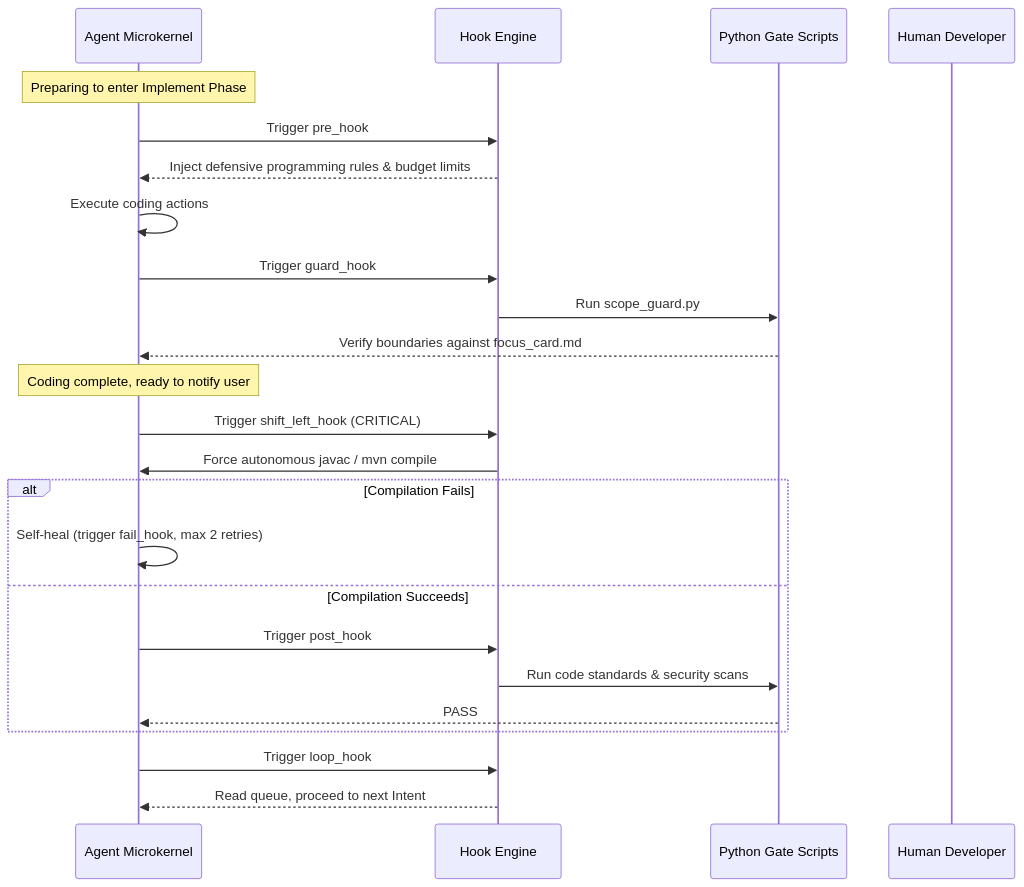
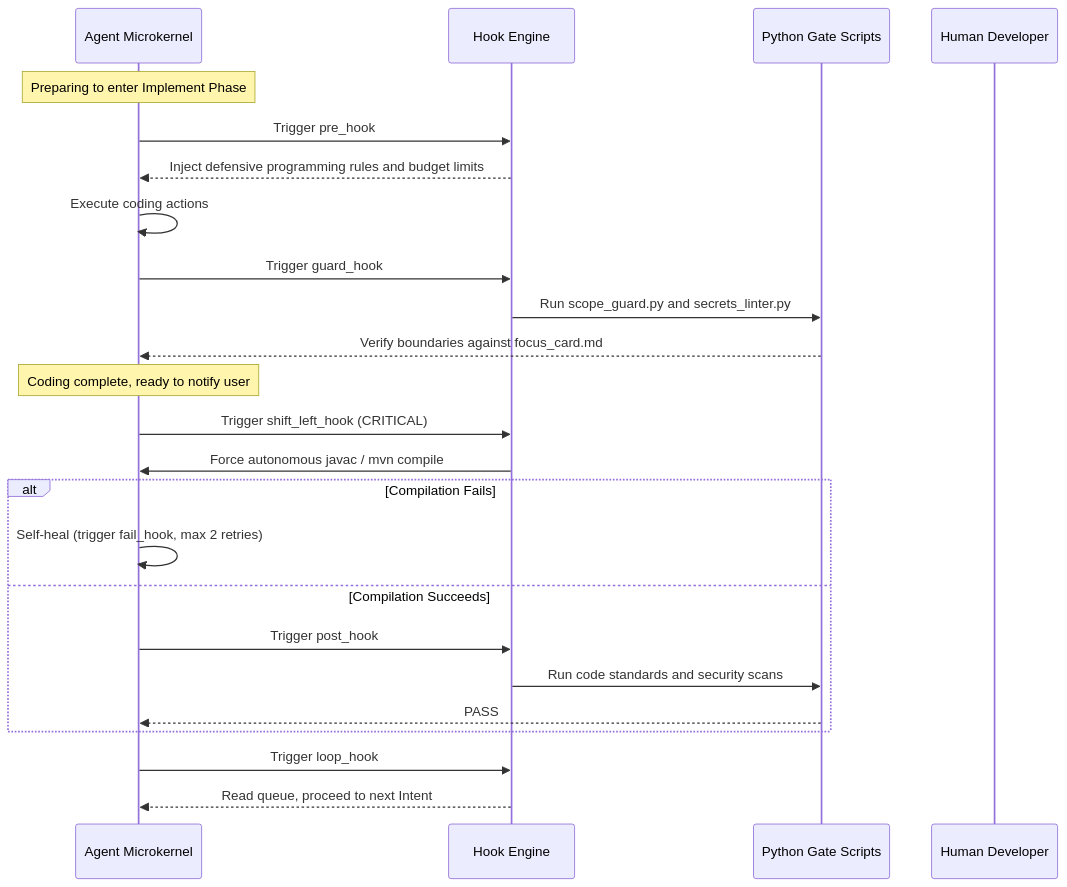
Before and after one commit to listener-He/java-harness-agent: the fourth of 5 diagrams in ENGINEERING_MANUAL.md, drawn with Mermaid. The commit also changed other lines of this file and 3 other files, not shown here.

````diff
--- a/ENGINEERING_MANUAL.md
+++ b/ENGINEERING_MANUAL.md
@@ -427,30 +397,30 @@
 ```mermaid
 sequenceDiagram
     participant Agent as Agent Microkernel
     participant Hook as Hook Engine
     participant Gate as Python Gate Scripts
     participant Human as Human Developer
-    
+
     Note over Agent: Preparing to enter Implement Phase
     Agent->>Hook: Trigger pre_hook
-    Hook-->>Agent: Inject defensive programming rules & budget limits
-    
+    Hook-->>Agent: Inject defensive programming rules and budget limits
+
     Agent->>Agent: Execute coding actions
     Agent->>Hook: Trigger guard_hook
-    Hook->>Gate: Run scope_guard.py
+    Hook->>Gate: Run scope_guard.py and secrets_linter.py
     Gate-->>Agent: Verify boundaries against focus_card.md
-    
+
     Note over Agent: Coding complete, ready to notify user
     Agent->>Hook: Trigger shift_left_hook (CRITICAL)
     Hook->>Agent: Force autonomous javac / mvn compile
     alt Compilation Fails
         Agent->>Agent: Self-heal (trigger fail_hook, max 2 retries)
     else Compilation Succeeds
         Agent->>Hook: Trigger post_hook
-        Hook->>Gate: Run code standards & security scans
+        Hook->>Gate: Run code standards and security scans
         Gate-->>Agent: PASS
     end
-    
+
     Agent->>Hook: Trigger loop_hook
     Hook-->>Agent: Read queue, proceed to next Intent
 ```
````
